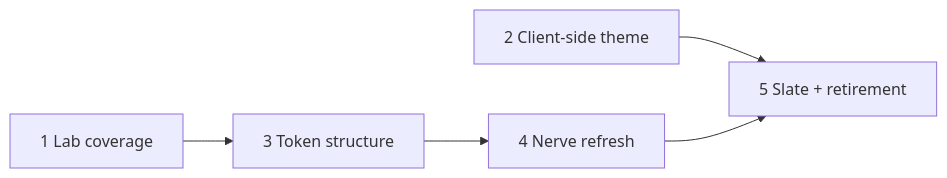
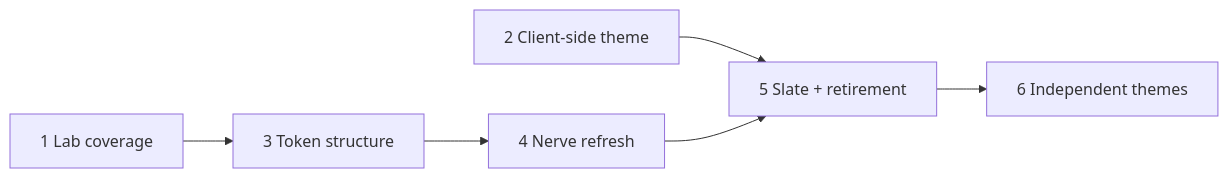
One commit to ThilinaTLM/nerve changed the diagram in docs/proposals/theme-and-design-tokens.md. Above: the diagram before and after it, drawn with Mermaid. The commit also changed other lines of this file and 34 other files, not shown here.

Commit message:
feat: independent Nerve Light, Nerve Dark, and Graphite themes; docks on panel

````diff
--- a/docs/proposals/theme-and-design-tokens.md
+++ b/docs/proposals/theme-and-design-tokens.md
@@ -289,7 +334,8 @@
 ```mermaid
 flowchart LR
   A[1 Lab coverage] --> C[3 Token structure]
   B[2 Client-side theme] --> E[5 Slate + retirement]
   C --> D[4 Nerve refresh]
   D --> E
+  E --> F[6 Independent themes]
 ```
````
